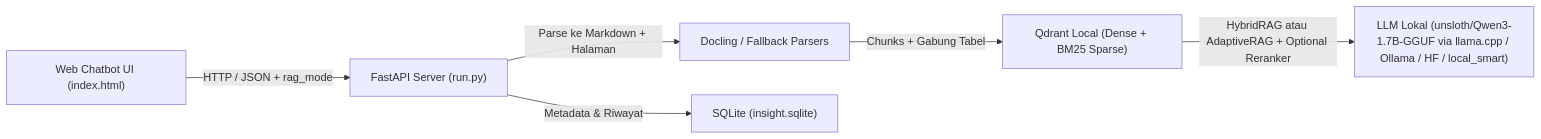
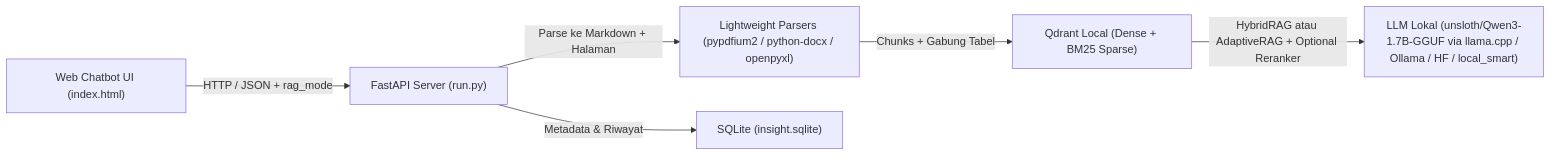
Before and after one commit to Cahyo-Wisanggeni/InSight: the diagram in README.md, drawn with Mermaid. The commit also changed other lines of this file and 6 other files, not shown here.

Commit message:
perf(parser): remove Docling in favor of lightweight local parsers (pypdfium2, python-docx, python-pptx, openpyxl, bs4)

````diff
--- a/README.md
+++ b/README.md
@@ -24,8 +24,8 @@
 ```mermaid
 flowchart LR
     UI["Web Chatbot UI (index.html)"] -->|"HTTP / JSON + rag_mode"| API["FastAPI Server (run.py)"]
-    API -->|"Parse ke Markdown + Halaman"| Parser["Docling / Fallback Parsers"]
+    API -->|"Parse ke Markdown + Halaman"| Parser["Lightweight Parsers (pypdfium2 / python-docx / openpyxl)"]
     Parser -->|"Chunks + Gabung Tabel"| Qdrant["Qdrant Local (Dense + BM25 Sparse)"]
     API -->|"Metadata & Riwayat"| SQLite["SQLite (insight.sqlite)"]
     Qdrant -->|"HybridRAG atau AdaptiveRAG + Optional Reranker"| LLM["LLM Lokal (unsloth/Qwen3-1.7B-GGUF via llama.cpp / Ollama / HF / local_smart)"]
 ```
````
